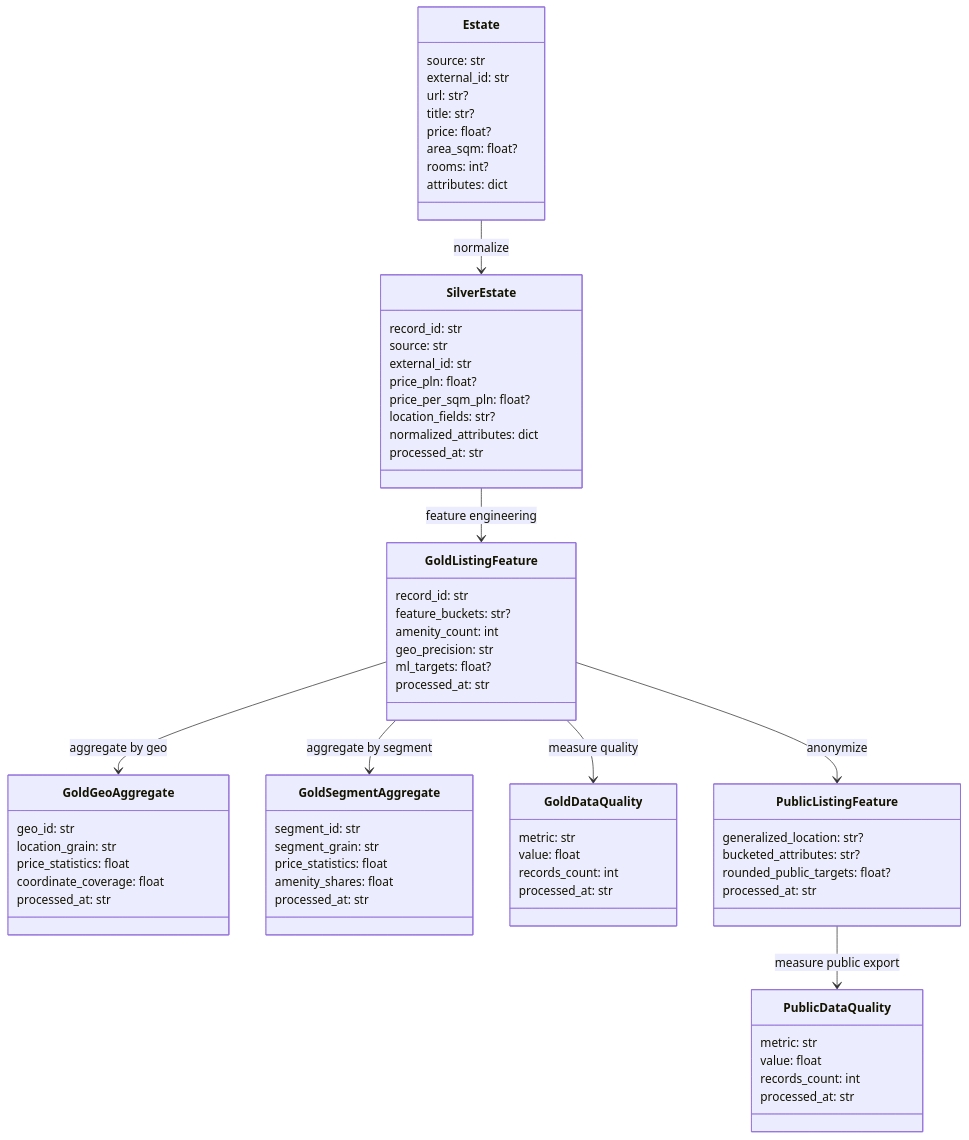
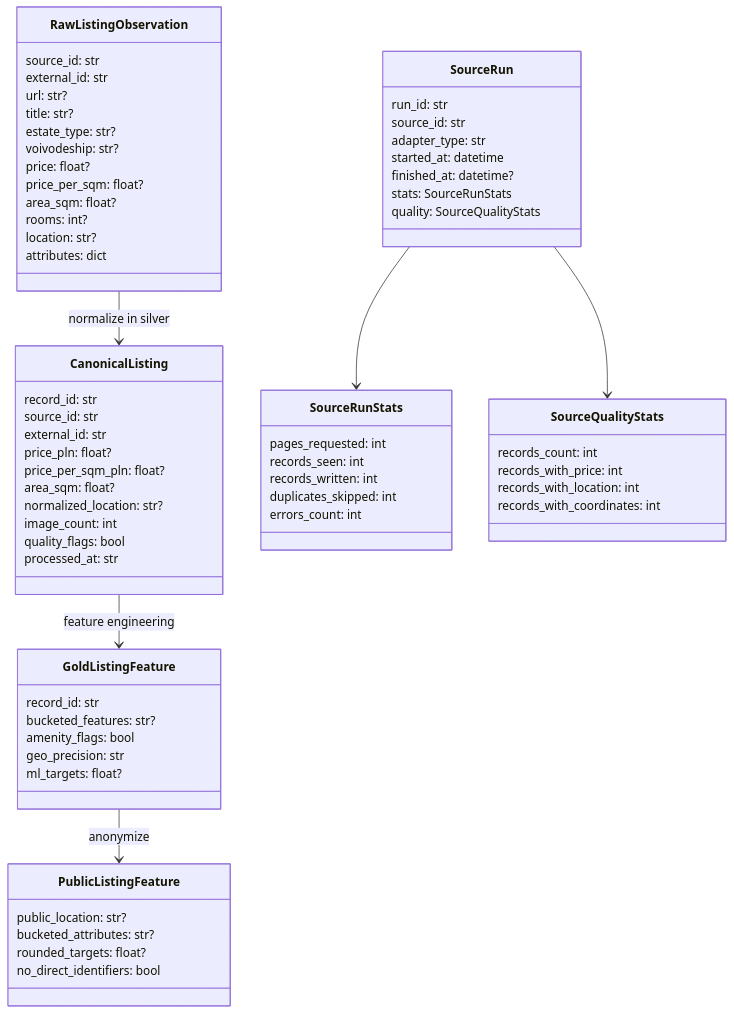
Before and after one commit to bi3lu/polish-real-estate-price-aggregates: the diagram in docs/data-model-overview.md, drawn with Mermaid. The commit also changed other lines of this file and 49 other files, not shown here.

````diff
--- a/docs/data-model-overview.md
+++ b/docs/data-model-overview.md
@@ -3,78 +3,76 @@
 ```mermaid
 classDiagram
-    class Estate {
-        source: str
+    class RawListingObservation {
+        source_id: str
         external_id: str
         url: str?
         title: str?
+        estate_type: str?
+        voivodeship: str?
         price: float?
+        price_per_sqm: float?
         area_sqm: float?
         rooms: int?
+        location: str?
         attributes: dict
     }
 
-    class SilverEstate {
+    class CanonicalListing {
         record_id: str
-        source: str
+        source_id: str
         external_id: str
         price_pln: float?
         price_per_sqm_pln: float?
-        location_fields: str?
-        normalized_attributes: dict
+        area_sqm: float?
+        normalized_location: str?
+        image_count: int
+        quality_flags: bool
         processed_at: str
+    }
+
+    class SourceRun {
+        run_id: str
+        source_id: str
+        adapter_type: str
+        started_at: datetime
+        finished_at: datetime?
+        stats: SourceRunStats
+        quality: SourceQualityStats
+    }
+
+    class SourceRunStats {
+        pages_requested: int
+        records_seen: int
+        records_written: int
+        duplicates_skipped: int
+        errors_count: int
+    }
+
+    class SourceQualityStats {
+        records_count: int
+        records_with_price: int
+        records_with_location: int
+        records_with_coordinates: int
     }
 
     class GoldListingFeature {
         record_id: str
-        feature_buckets: str?
-        amenity_count: int
+        bucketed_features: str?
+        amenity_flags: bool
         geo_precision: str
         ml_targets: float?
-        processed_at: str
-    }
-
-    class GoldGeoAggregate {
-        geo_id: str
-        location_grain: str
-        price_statistics: float
-        coordinate_coverage: float
-        processed_at: str
-    }
-
-    class GoldSegmentAggregate {
-        segment_id: str
-        segment_grain: str
-        price_statistics: float
-        amenity_shares: float
-        processed_at: str
-    }
-
-    class GoldDataQuality {
-        metric: str
-        value: float
-        records_count: int
-        processed_at: str
     }
 
     class PublicListingFeature {
-        generalized_location: str?
+        public_location: str?
         bucketed_attributes: str?
-        rounded_public_targets: float?
-        processed_at: str
+        rounded_targets: float?
+        no_direct_identifiers: bool
     }
 
-    class PublicDataQuality {
-        metric: str
-        value: float
-        records_count: int
-        processed_at: str
-    }
-
-    Estate --> SilverEstate : normalize
-    SilverEstate --> GoldListingFeature : feature engineering
-    GoldListingFeature --> GoldGeoAggregate : aggregate by geo
-    GoldListingFeature --> GoldSegmentAggregate : aggregate by segment
-    GoldListingFeature --> GoldDataQuality : measure quality
+    RawListingObservation --> CanonicalListing : normalize in silver
+    SourceRun --> SourceRunStats
+    SourceRun --> SourceQualityStats
+    CanonicalListing --> GoldListingFeature : feature engineering
     GoldListingFeature --> PublicListingFeature : anonymize
-    PublicListingFeature --> PublicDataQuality : measure public export
 ```
````
